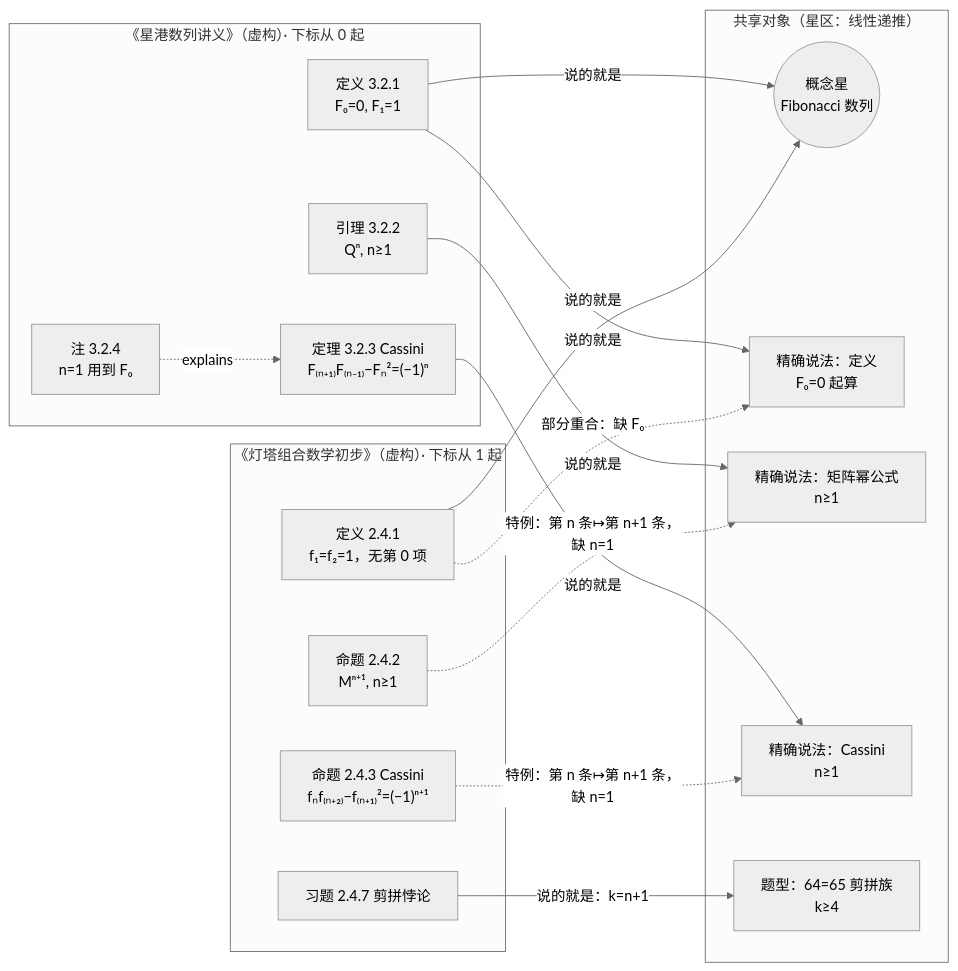
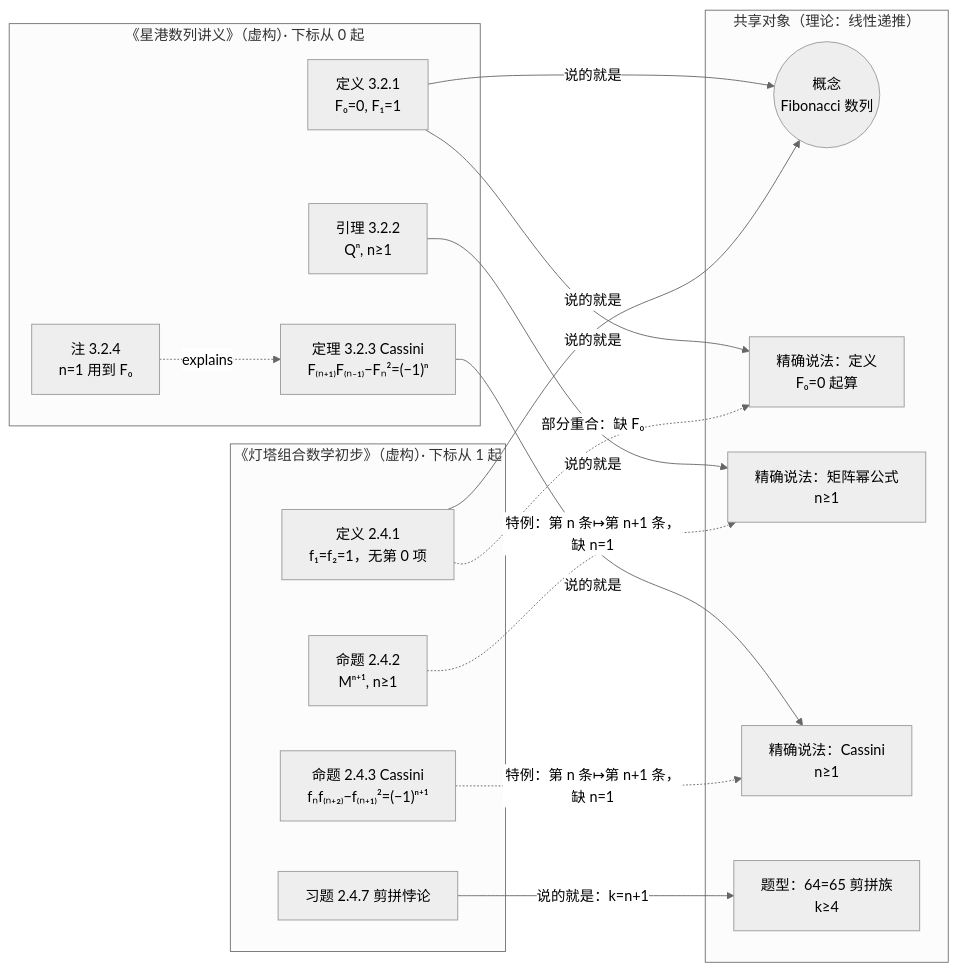
Before and after one commit to xiaoniaoyouhuajiang/Mathscape: the diagram in fixtures/emir/fibonacci-two-books/README.md, drawn with Mermaid (neutral theme). The commit also changed other lines of this file and 31 other files, not shown here.

First line of the commit message:
fix(tutorial): 教程按用户视角重写——去掉“星”和甲乙代号，地图标出类型并加图例

````diff
--- a/fixtures/emir/fibonacci-two-books/README.md
+++ b/fixtures/emir/fibonacci-two-books/README.md
@@ -30,32 +32,32 @@
 ```mermaid
 flowchart LR
-  subgraph 甲["《星港数列讲义》（虚构）· 下标从 0 起"]
+  subgraph 星港["《星港数列讲义》（虚构）· 下标从 0 起"]
     jd["定义 3.2.1<br/>F₀=0, F₁=1"]
     jl["引理 3.2.2<br/>Qⁿ, n≥1"]
     jt["定理 3.2.3 Cassini<br/>F₍ₙ₊₁₎F₍ₙ₋₁₎−Fₙ²=(−1)ⁿ"]
     jr["注 3.2.4<br/>n=1 用到 F₀"]
     jr -. explains .-> jt
   end
-  subgraph 乙["《灯塔组合数学初步》（虚构）· 下标从 1 起"]
+  subgraph 灯塔["《灯塔组合数学初步》（虚构）· 下标从 1 起"]
     yd["定义 2.4.1<br/>f₁=f₂=1，无第 0 项"]
     yl["命题 2.4.2<br/>Mⁿ⁺¹, n≥1"]
     yt["命题 2.4.3 Cassini<br/>fₙf₍ₙ₊₂₎−f₍ₙ₊₁₎²=(−1)ⁿ⁺¹"]
     ye["习题 2.4.7 剪拼悖论"]
   end
-  subgraph 共享["共享对象（星区：线性递推）"]
-    C(("概念星<br/>Fibonacci 数列"))
+  subgraph 共享["共享对象（理论：线性递推）"]
+    C(("概念<br/>Fibonacci 数列"))
     D["精确说法：定义<br/>F₀=0 起算"]
     L["精确说法：矩阵幂公式<br/>n≥1"]
     K["精确说法：Cassini<br/>n≥1"]
     P["题型：64=65 剪拼族<br/>k≥4"]
   end
   jd -- 说的就是 --> C
   yd -- 说的就是 --> C
   jd -- 说的就是 --> D
   yd -. "部分重合：缺 F₀" .-> D
   jl -- 说的就是 --> L
   yl -. "特例：第 n 条↦第 n+1 条，缺 n=1" .-> L
   jt -- 说的就是 --> K
   yt -. "特例：第 n 条↦第 n+1 条，缺 n=1" .-> K
   ye -- "说的就是：k=n+1" --> P
 ```
````
